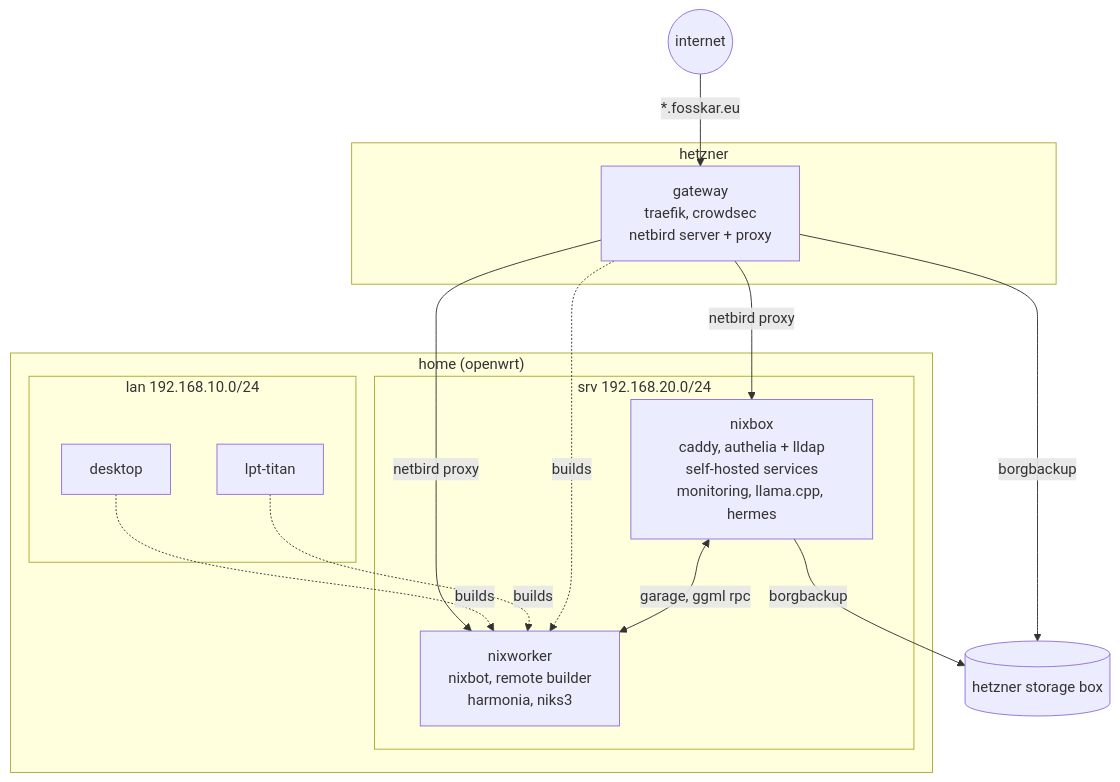
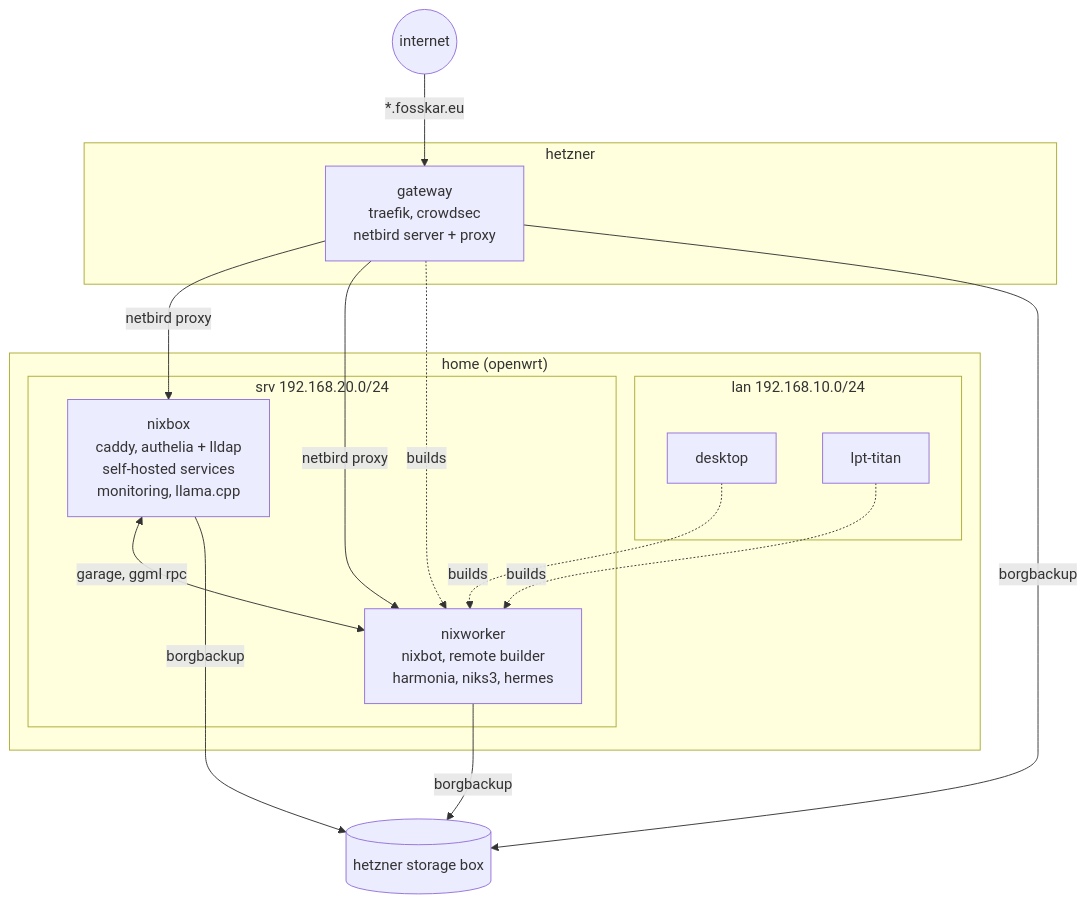
One commit to fosskar/nixfiles changed the diagram in machines/README.md. Above: the diagram before and after it, drawn with Mermaid. The commit also changed other lines of this file and 95 other files, not shown here.

First line of the commit message:
hermes: move hermes and hermina to nixworker

````diff
--- a/machines/README.md
+++ b/machines/README.md
@@ -23,27 +23,27 @@
 ```mermaid
 flowchart TB
   internet((internet))
   storagebox[(hetzner storage box)]
 
   subgraph hetzner
     gateway["gateway<br/>traefik, crowdsec<br/>netbird server + proxy"]
   end
 
   subgraph home["home (openwrt)"]
     subgraph lan["lan 192.168.10.0/24"]
       desktop
       lpt-titan
     end
     subgraph srv["srv 192.168.20.0/24"]
-      nixbox["nixbox<br/>caddy, authelia + lldap<br/>self-hosted services<br/>monitoring, llama.cpp, hermes"]
-      nixworker["nixworker<br/>nixbot, remote builder<br/>harmonia, niks3"]
+      nixbox["nixbox<br/>caddy, authelia + lldap<br/>self-hosted services<br/>monitoring, llama.cpp"]
+      nixworker["nixworker<br/>nixbot, remote builder<br/>harmonia, niks3, hermes"]
     end
   end
 
   internet -->|"*.fosskar.eu"| gateway
   gateway -->|netbird proxy| nixbox
   gateway -->|netbird proxy| nixworker
   desktop & lpt-titan & gateway -.->|builds| nixworker
   nixbox <-->|garage, ggml rpc| nixworker
-  nixbox & gateway -->|borgbackup| storagebox
+  nixbox & nixworker & gateway -->|borgbackup| storagebox
 ```
````
